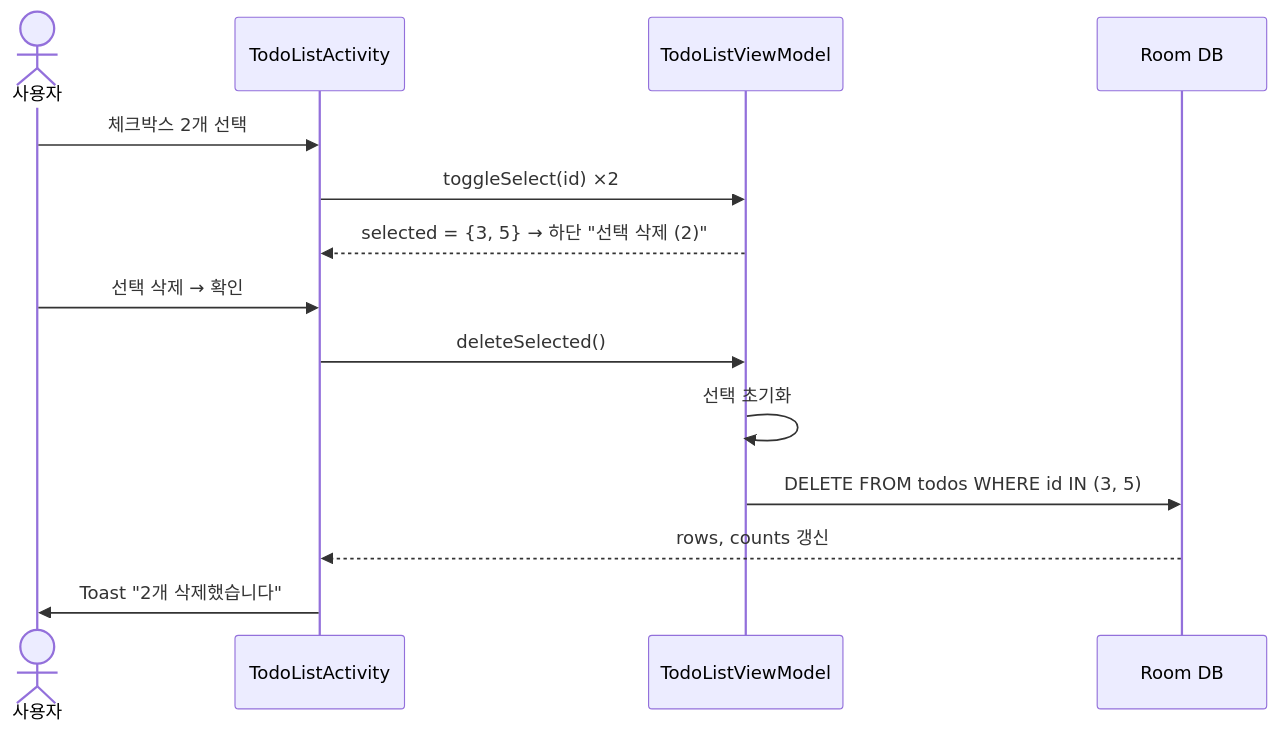
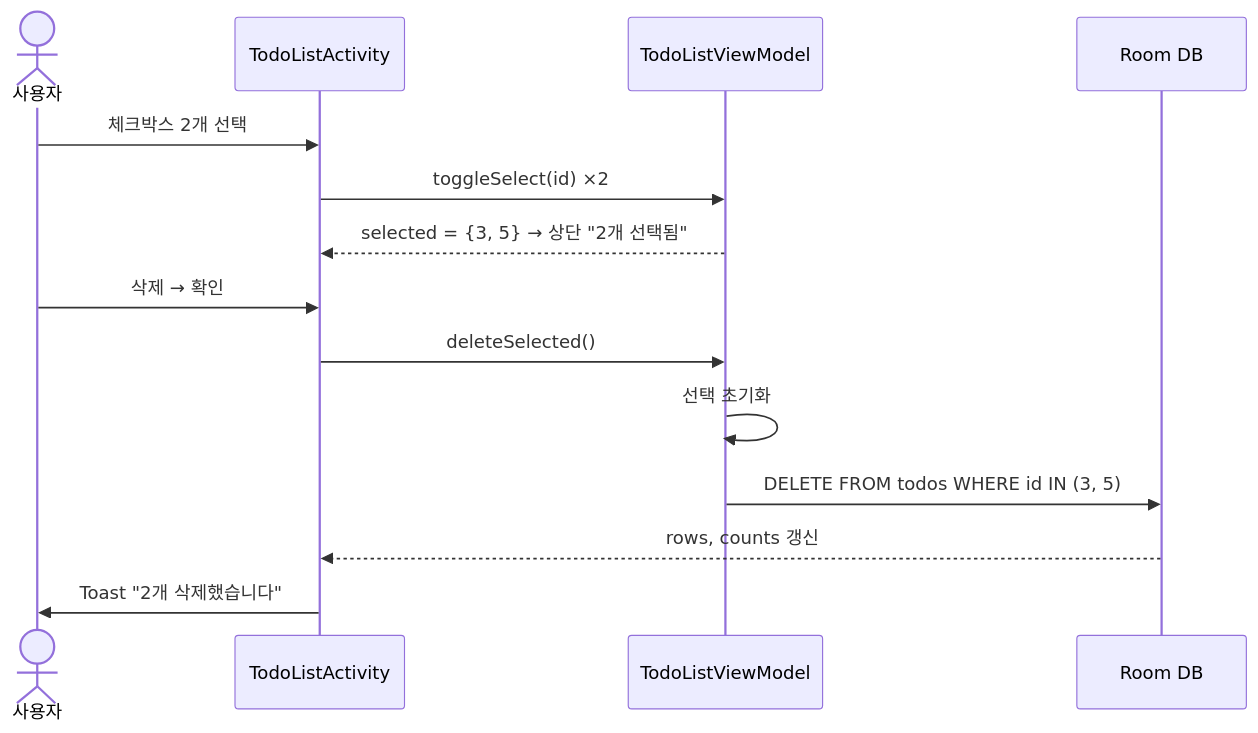
One commit to place-content/scu-mobile-app-assigment changed the fourth of 4 diagrams in docs/04-architecture.md. Above: the diagram before and after it, drawn with Mermaid. The commit also changed other lines of this file and 39 other files, not shown here.

````diff
--- a/docs/04-architecture.md
+++ b/docs/04-architecture.md
@@ -168,17 +168,17 @@
 ```mermaid
 sequenceDiagram
     actor U as 사용자
     participant L as TodoListActivity
     participant VM as TodoListViewModel
     participant D as Room DB
 
     U->>L: 체크박스 2개 선택
     L->>VM: toggleSelect(id) ×2
-    VM-->>L: selected = {3, 5} → 하단 "선택 삭제 (2)"
-    U->>L: 선택 삭제 → 확인
+    VM-->>L: selected = {3, 5} → 상단 "2개 선택됨"
+    U->>L: 삭제 → 확인
     L->>VM: deleteSelected()
     VM->>VM: 선택 초기화
     VM->>D: DELETE FROM todos WHERE id IN (3, 5)
     D-->>L: rows, counts 갱신
     L->>U: Toast "2개 삭제했습니다"
 ```
````
